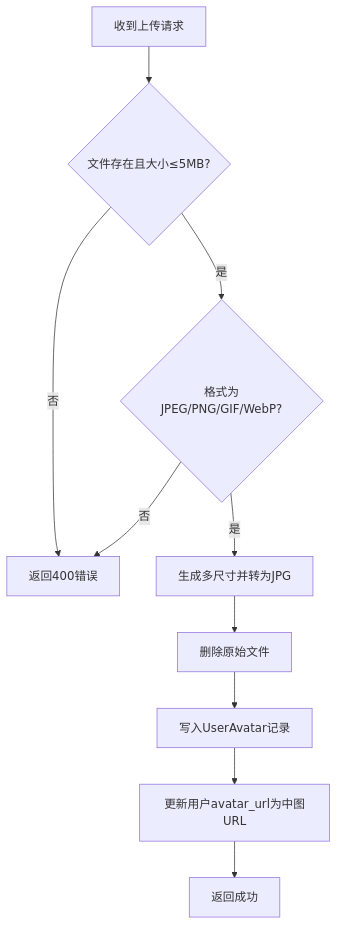
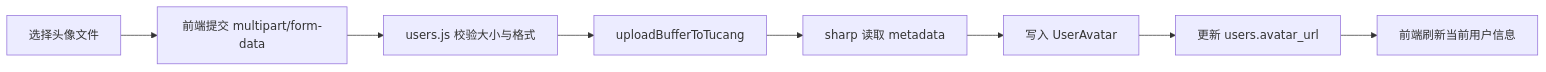
One commit to xingranya/CervixDetectAI changed the diagram in wiki/API参考/用户管理API/用户头像多尺寸说明.md. Above: the diagram before and after it, drawn with Mermaid. The commit also changed other lines of this file and 14 other files, not shown here.

First line of the commit message:
feat(storage): 重构影像存储链路并集成图仓远程同步

````diff
--- a/wiki/API参考/用户管理API/用户头像多尺寸说明.md
+++ b/wiki/API参考/用户管理API/用户头像多尺寸说明.md
@@ -205,12 +26,10 @@
 ```mermaid
-flowchart TD
-A["收到上传请求"] --> B{"文件存在且大小≤5MB?"}
-B -- 否 --> E["返回400错误"]
-B -- 是 --> C{"格式为JPEG/PNG/GIF/WebP?"}
-C -- 否 --> E
-C -- 是 --> D["生成多尺寸并转为JPG"]
-D --> F["删除原始文件"]
-F --> G["写入UserAvatar记录"]
-G --> H["更新用户avatar_url为中图URL"]
-H --> I["返回成功"]
+flowchart LR
+  A[选择头像文件] --> B[前端提交 multipart/form-data]
+  B --> C[users.js 校验大小与格式]
+  C --> D[uploadBufferToTucang]
+  D --> E[sharp 读取 metadata]
+  E --> F[写入 UserAvatar]
+  F --> G[更新 users.avatar_url]
+  G --> H[前端刷新当前用户信息]
 ```
````
